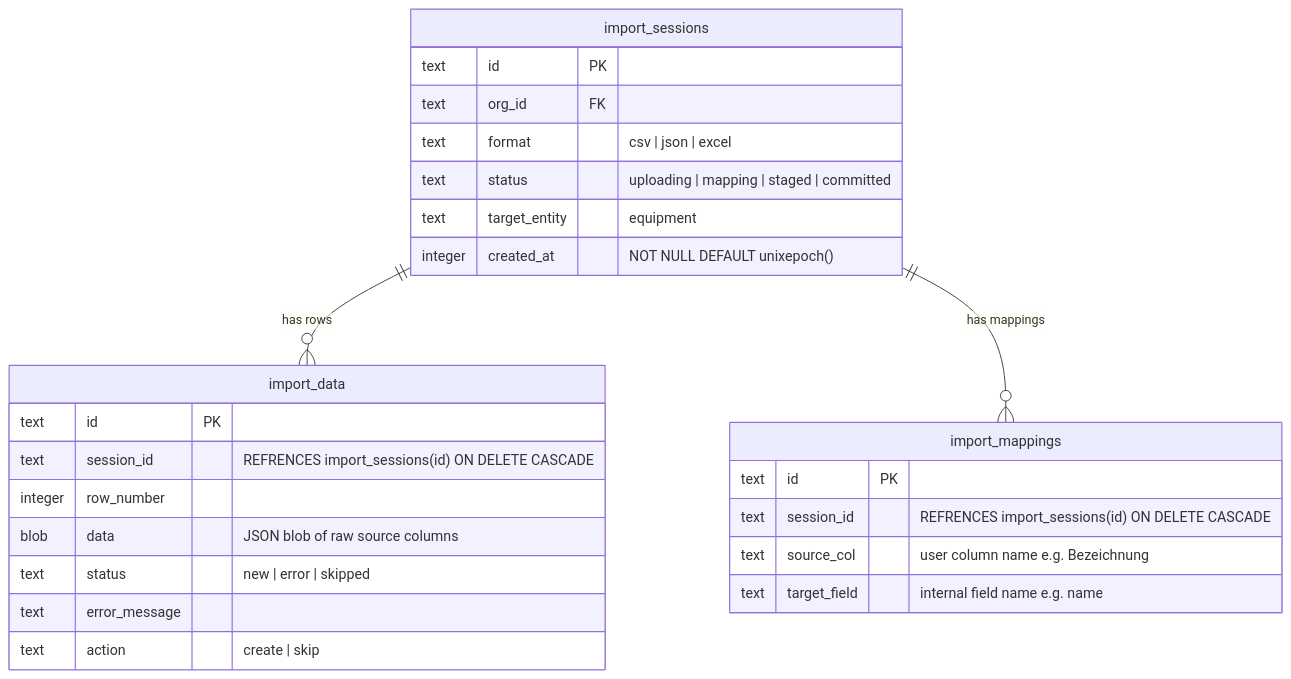
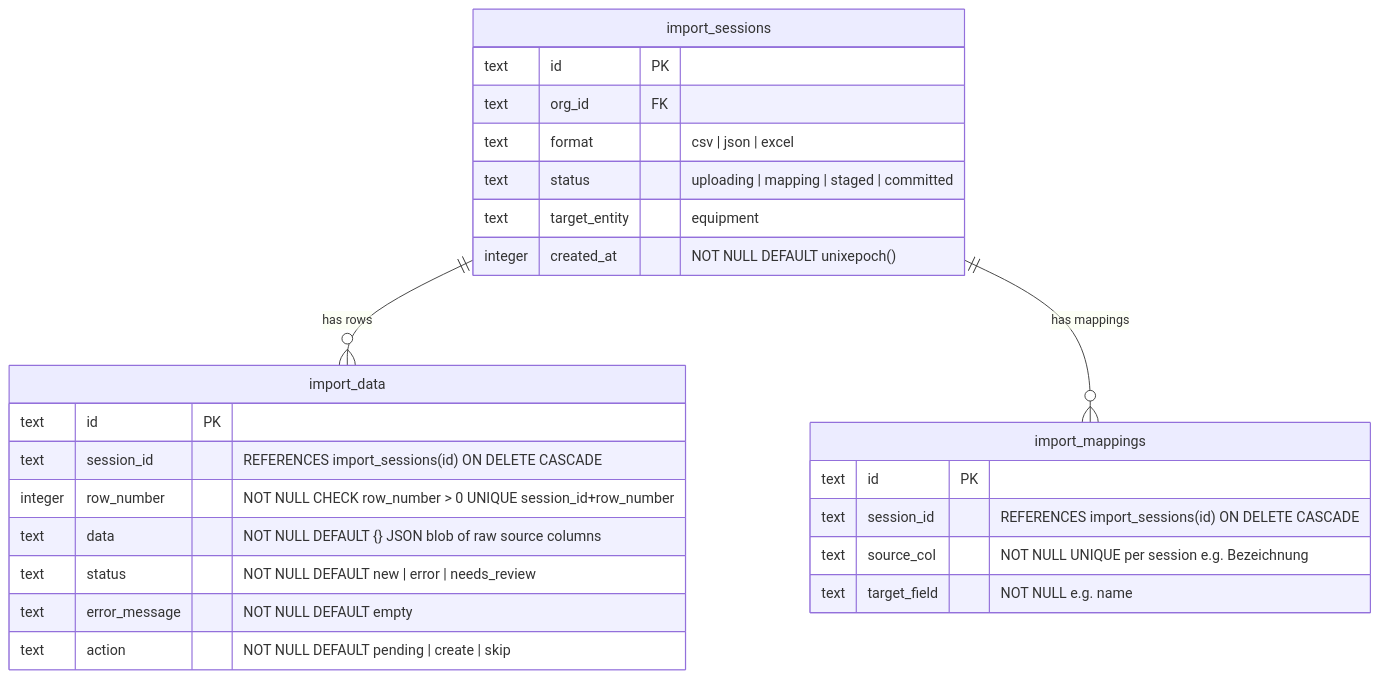
One commit to bit8bytes/gearberg changed the diagram in wiki/IMPORTS_ERD.md. Above: the diagram before and after it, drawn with Mermaid. The commit also changed 3 other files, not shown here.

Commit message:
chore: added migrations for import session, data, and mappings

````diff
--- a/wiki/IMPORTS_ERD.md
+++ b/wiki/IMPORTS_ERD.md
@@ -9,31 +9,31 @@
 ```mermaid
 erDiagram
   import_sessions {
     text id PK
     text org_id FK
     text format "csv | json | excel"
     text status "uploading | mapping | staged | committed"
     text target_entity "equipment"
     integer created_at "NOT NULL DEFAULT unixepoch()"
   }
 
   import_data {
     text id PK
-    text session_id "REFRENCES import_sessions(id) ON DELETE CASCADE"
-    integer row_number
-    blob data "JSON blob of raw source columns"
-    text status "new | error | skipped"
-    text error_message
-    text action "create | skip"
+    text session_id "REFERENCES import_sessions(id) ON DELETE CASCADE"
+    integer row_number "NOT NULL CHECK row_number > 0 UNIQUE session_id+row_number"
+    text data "NOT NULL DEFAULT {} JSON blob of raw source columns"
+    text status "NOT NULL DEFAULT new | error | needs_review"
+    text error_message "NOT NULL DEFAULT empty"
+    text action "NOT NULL DEFAULT pending | create | skip"
   }
 
   import_mappings {
     text id PK
-    text session_id "REFRENCES import_sessions(id) ON DELETE CASCADE"
-    text source_col "user column name e.g. Bezeichnung"
-    text target_field "internal field name e.g. name"
+    text session_id "REFERENCES import_sessions(id) ON DELETE CASCADE"
+    text source_col "NOT NULL UNIQUE per session e.g. Bezeichnung"
+    text target_field "NOT NULL e.g. name"
   }
 
   import_sessions ||--o{ import_data : "has rows"
   import_sessions ||--o{ import_mappings : "has mappings"
 ```
````
